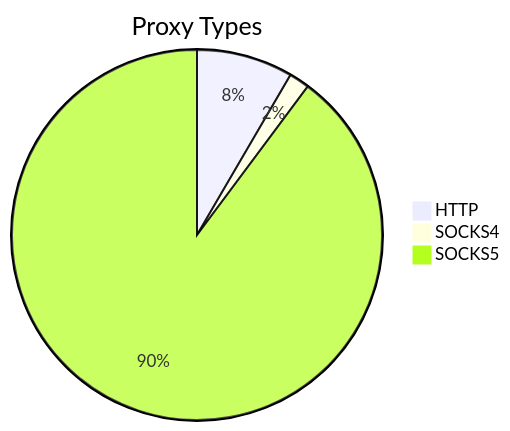
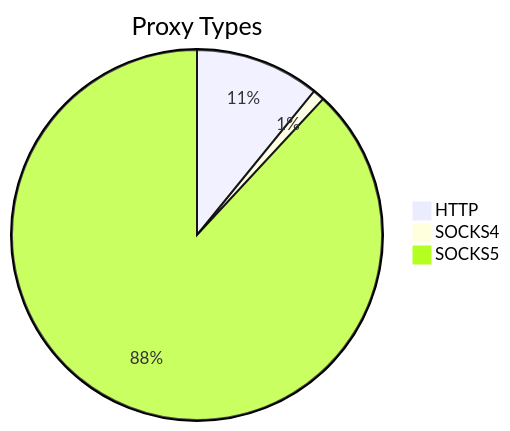
Before and after one commit to stormsia/proxy-list: the first of 2 diagrams in README.md, drawn with Mermaid. The commit also changed other lines of this file, not shown here.

````diff
--- a/README.md
+++ b/README.md
@@ -21,6 +21,6 @@
 ```mermaid
 pie title Proxy Types
-    "HTTP" : 198
-    "SOCKS4" : 42
-    "SOCKS5" : 2114
+    "HTTP" : 149
+    "SOCKS4" : 14
+    "SOCKS5" : 1207
 ```
````
